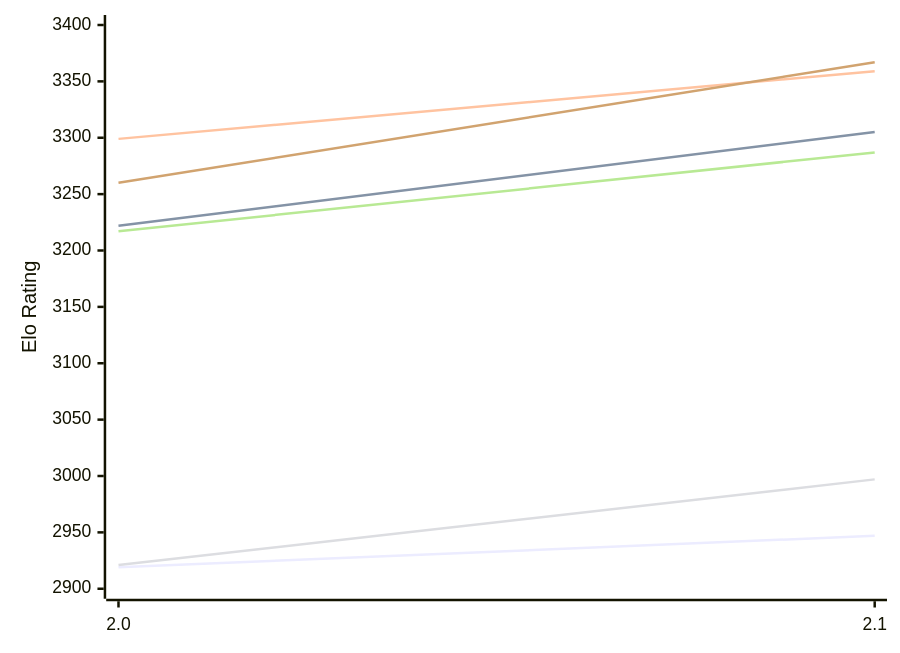
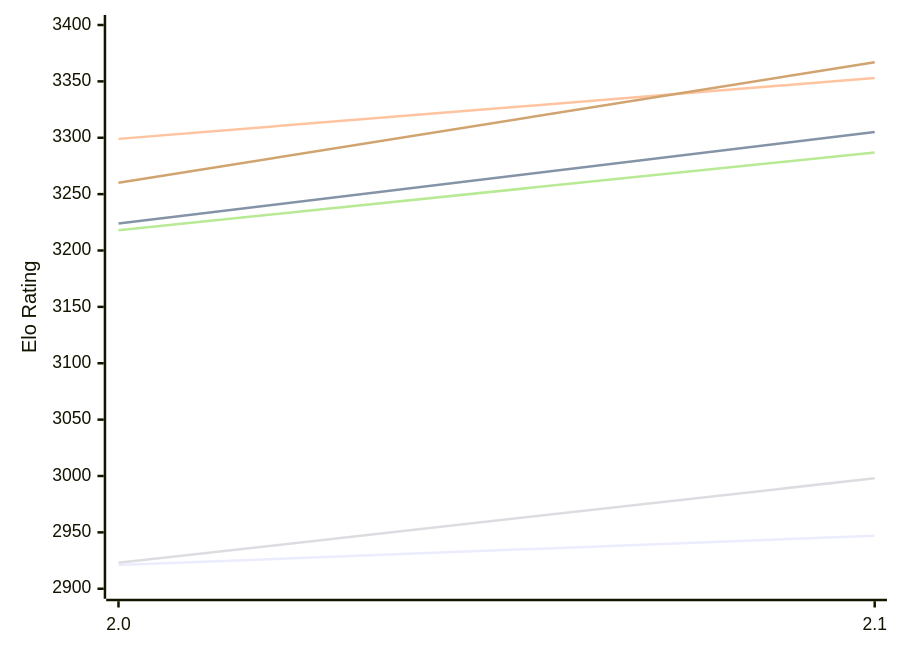
Before and after one commit to computer-chess-index/cci: the first of 2 diagrams in engines/Onslaught.md, drawn with Mermaid. The commit also changed other lines of this file, not shown here.

Commit message:
Update CCI Ratings (ELO VLTC) - 2026-11-27

````diff
--- a/engines/Onslaught.md
+++ b/engines/Onslaught.md
@@ -50,12 +50,12 @@
 ```mermaid
 %%{init: {"theme":"base","themeVariables":{"seriesColors:['#a3a3a3','#222221','#faa371']}}}%%
 xychart-beta
   x-axis ["2.0", "2.1"]
   y-axis "Elo Rating" 2900 --> 3400
-  line "E1: STC (8.0+0.08s)" [2919, 2947]
-  line "E1: LTC (60.0+0.60s)" [3222, 3305]
-  line "E1: VLTC (2m24s+1.12s)" [3299, 3359]
-  line "P1: STC (8.0+0.08s)" [2921, 2997]
-  line "P1: LTC (60.0+0.60s)" [3217, 3287]
+  line "E1: STC (8.0+0.08s)" [2921, 2947]
+  line "E1: LTC (60.0+0.60s)" [3224, 3305]
+  line "E1: VLTC (2m24s+1.12s)" [3299, 3353]
+  line "P1: STC (8.0+0.08s)" [2923, 2998]
+  line "P1: LTC (60.0+0.60s)" [3218, 3287]
   line "P1: VLTC (2m24s+1.12s)" [3260, 3367]
 ```
````
